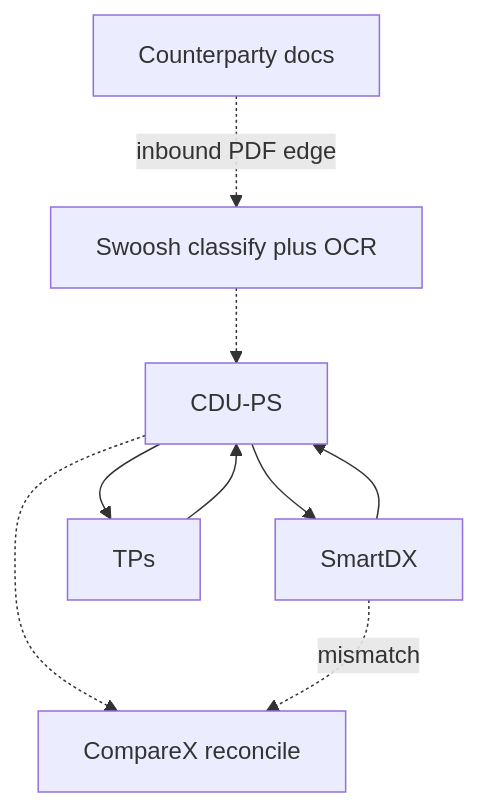
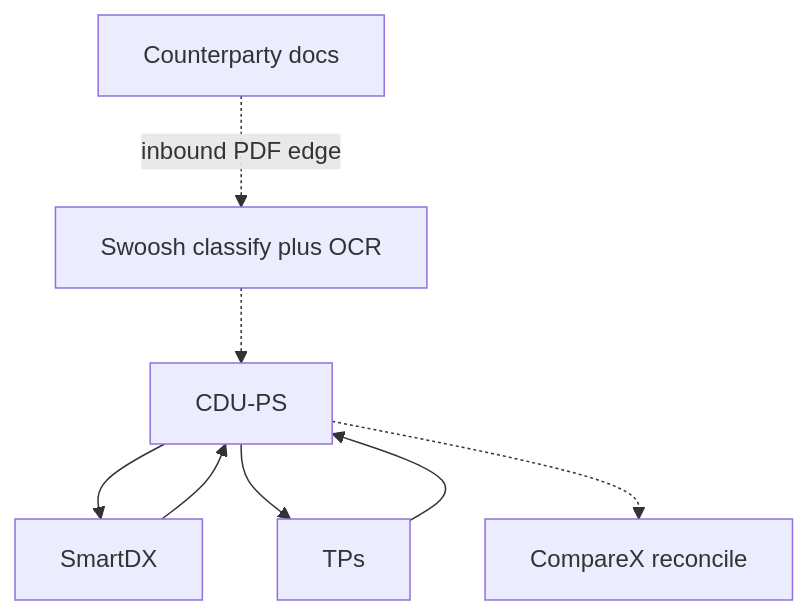
Before and after one commit to dae-nan/con4m8ions: the eighth of 17 diagrams in docs/prd-cdu-ps-v1.md, drawn with Mermaid. The commit also changed other lines of this file and 5 other files, not shown here.

First line of the commit message:
PRD v1.4: explainers out, story-map mermaid, manual draft, audit

````diff
--- a/docs/prd-cdu-ps-v1.md
+++ b/docs/prd-cdu-ps-v1.md
@@ -396,17 +504,15 @@
 ```mermaid
 flowchart TB
   CDU[CDU-PS]
   SDX[SmartDX]
   SW[Swoosh classify plus OCR]
   CX[CompareX reconcile]
   CP[Counterparty docs]
-
   TPs[TPs] --> CDU
   CDU --> SDX
   SDX --> CDU
   CDU --> TPs
   CP -.->|inbound PDF edge| SW
   SW -.-> CDU
   CDU -.-> CX
-  SDX -.->|mismatch| CX
 ```
````
